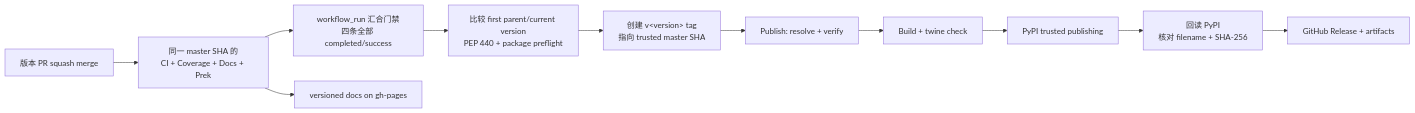
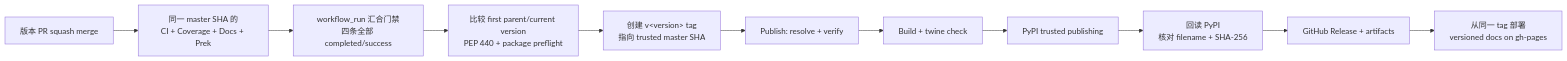
The diagram in docs/maintainers/quality/release-process.md (kexue-z/nonebot-plugin-htmlrender), drawn with Mermaid before and after one commit. The commit also changed other lines of this file and 23 other files, not shown here.

````diff
--- a/docs/maintainers/quality/release-process.md
+++ b/docs/maintainers/quality/release-process.md
@@ -40,13 +53,13 @@
 ```mermaid
 flowchart LR
     A["版本 PR squash merge"] --> B["同一 master SHA 的<br/>CI + Coverage + Docs + Prek"]
     B --> R["workflow_run 汇合门禁<br/>四条全部 completed/success"]
     R --> P["比较 first parent/current version<br/>PEP 440 + package preflight"]
     P --> C["创建 v&lt;version&gt; tag<br/>指向 trusted master SHA"]
     C --> D["Publish: resolve + verify"]
     D --> E["Build + twine check"]
     E --> F["PyPI trusted publishing"]
     F --> V["回读 PyPI<br/>核对 filename + SHA-256"]
     V --> G["GitHub Release + artifacts"]
-    B --> I["versioned docs on gh-pages"]
+    G --> I["从同一 tag 部署<br/>versioned docs on gh-pages"]
 ```
````
